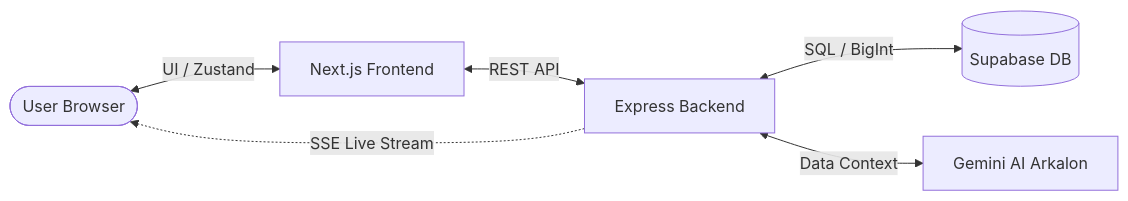
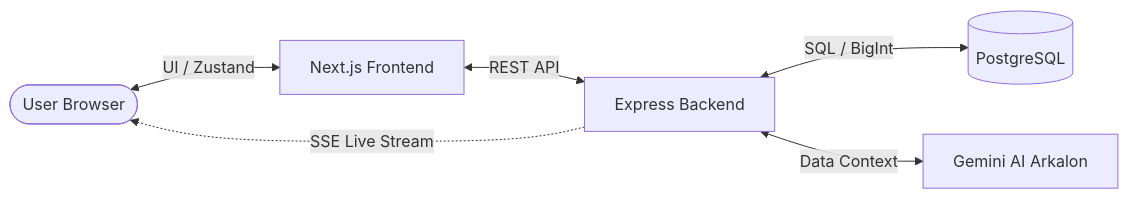
One commit to AlexDegerman/rps-league-app changed the diagram in README.md. Above: the diagram before and after it, drawn with Mermaid. The commit also changed other lines of this file, not shown here.

Commit message:
update readme architecture and ci/cd for vps migration

````diff
--- a/README.md
+++ b/README.md
@@ -494,14 +505,14 @@
 ```mermaid
 graph LR
     User([User Browser])
     Next[Next.js Frontend]
     API[Express Backend]
-    DB[(Supabase DB)]
+    DB[(PostgreSQL)]
     AI[Gemini AI Arkalon]
 
     User <-->|UI / Zustand| Next
     Next <-->|REST API| API
     API <-->|SQL / BigInt| DB
     API <-->|Data Context| AI
     API -.->|SSE Live Stream| User
 ```
````
